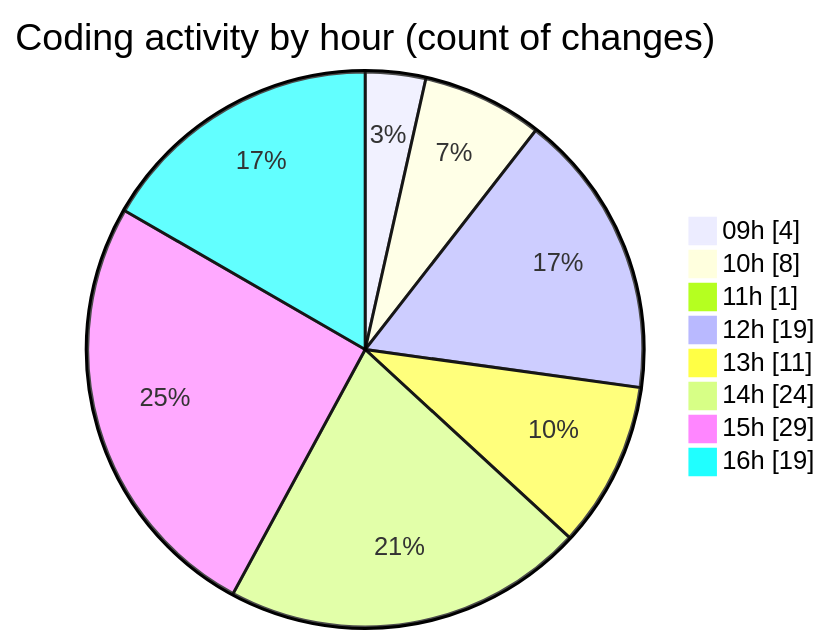
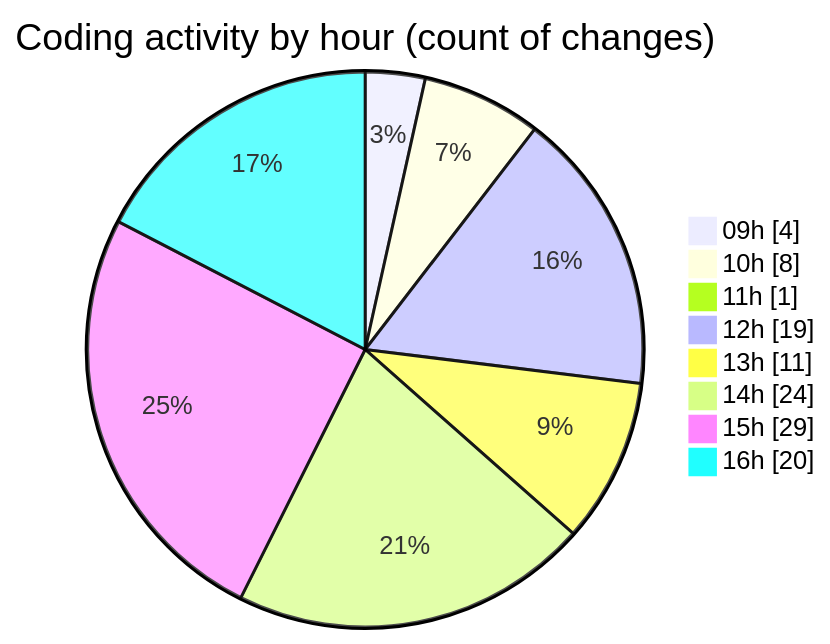
One commit to nxtqubesakshisongat/code-tracking changed the second of 2 diagrams in 2026-02-18/nxtqube_webapp/README.md. Above: the diagram before and after it, drawn with Mermaid. The commit also changed other lines of this file and 1 other file, not shown here.

````diff
--- a/2026-02-18/nxtqube_webapp/README.md
+++ b/2026-02-18/nxtqube_webapp/README.md
@@ -38,12 +38,12 @@
 ```mermaid
 pie showData
 title Coding activity by hour (count of changes)
 "09h" : 4
 "10h" : 8
 "11h" : 1
 "12h" : 19
 "13h" : 11
 "14h" : 24
 "15h" : 29
-"16h" : 19
+"16h" : 20
 ```
````
